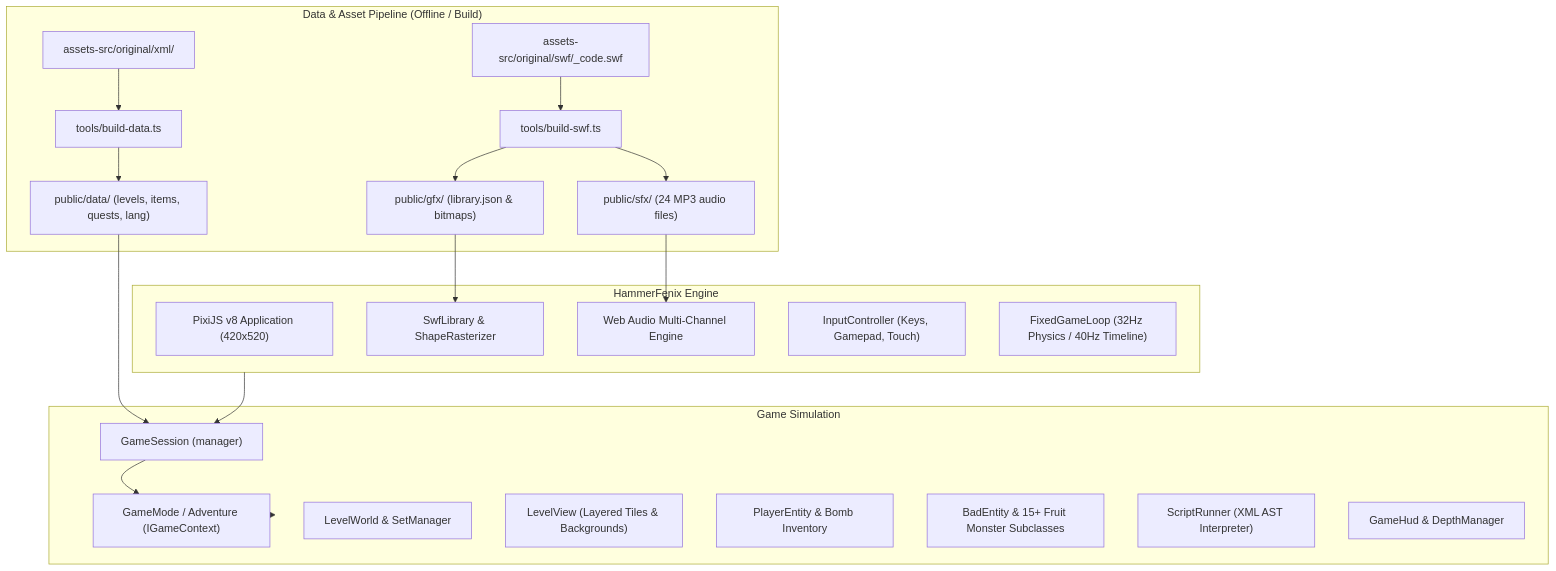
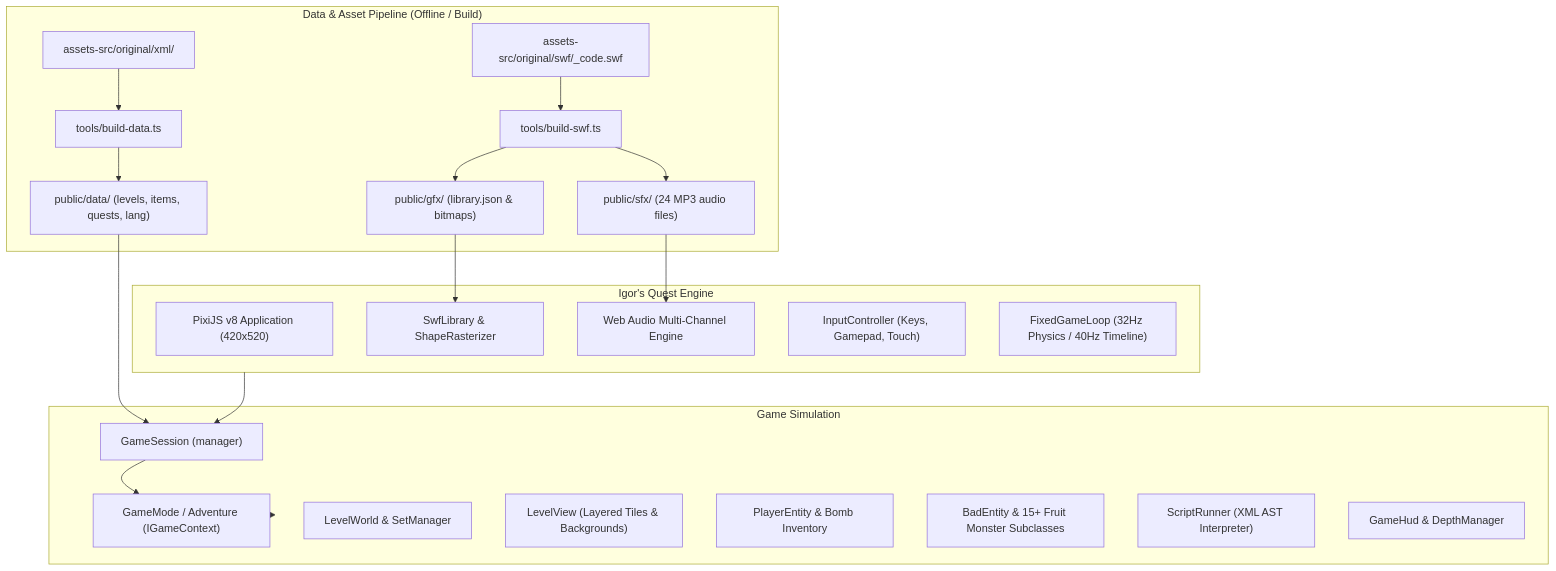
One commit to Greaple/HammerFenix changed the diagram in README.md. Above: the diagram before and after it, drawn with Mermaid. The commit also changed other lines of this file and 32 other files, not shown here.

First line of the commit message:
feat: renamed Igor's Quest, with the new logo

````diff
--- a/README.md
+++ b/README.md
@@ -56,36 +56,36 @@
 ```mermaid
 flowchart TD
     subgraph DataPipeline["Data & Asset Pipeline (Offline / Build)"]
         RawSWF["assets-src/original/swf/_code.swf"] --> BuildSWF["tools/build-swf.ts"]
         RawXML["assets-src/original/xml/"] --> BuildData["tools/build-data.ts"]
         BuildSWF --> GFX["public/gfx/ (library.json & bitmaps)"]
         BuildSWF --> SFX["public/sfx/ (24 MP3 audio files)"]
         BuildData --> JSONData["public/data/ (levels, items, quests, lang)"]
     end
 
-    subgraph Engine["HammerFenix Engine"]
+    subgraph Engine["Igor's Quest Engine"]
         PixiApp["PixiJS v8 Application (420x520)"]
         SwfLib["SwfLibrary & ShapeRasterizer"]
         AudioEng["Web Audio Multi-Channel Engine"]
         InputCtrl["InputController (Keys, Gamepad, Touch)"]
         Loop["FixedGameLoop (32Hz Physics / 40Hz Timeline)"]
     end
 
     subgraph GameCore["Game Simulation"]
         Session["GameSession (manager)"]
         Mode["GameMode / Adventure (IGameContext)"]
         World["LevelWorld & SetManager"]
         View["LevelView (Layered Tiles & Backgrounds)"]
         Player["PlayerEntity & Bomb Inventory"]
         Bads["BadEntity & 15+ Fruit Monster Subclasses"]
         Script["ScriptRunner (XML AST Interpreter)"]
         HUD["GameHud & DepthManager"]
     end
 
     GFX --> SwfLib
     SFX --> AudioEng
     JSONData --> Session
     Engine --> Session
     Session --> Mode
     Mode --> GameCore
 ```
````
